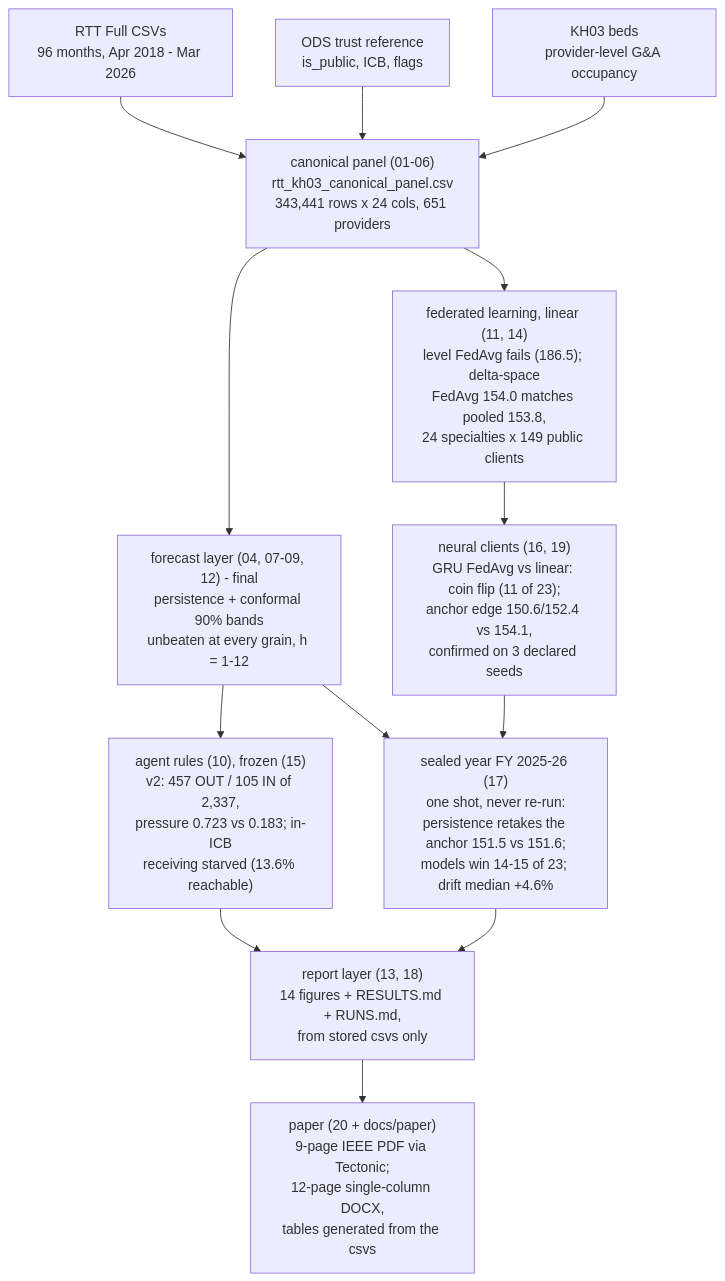
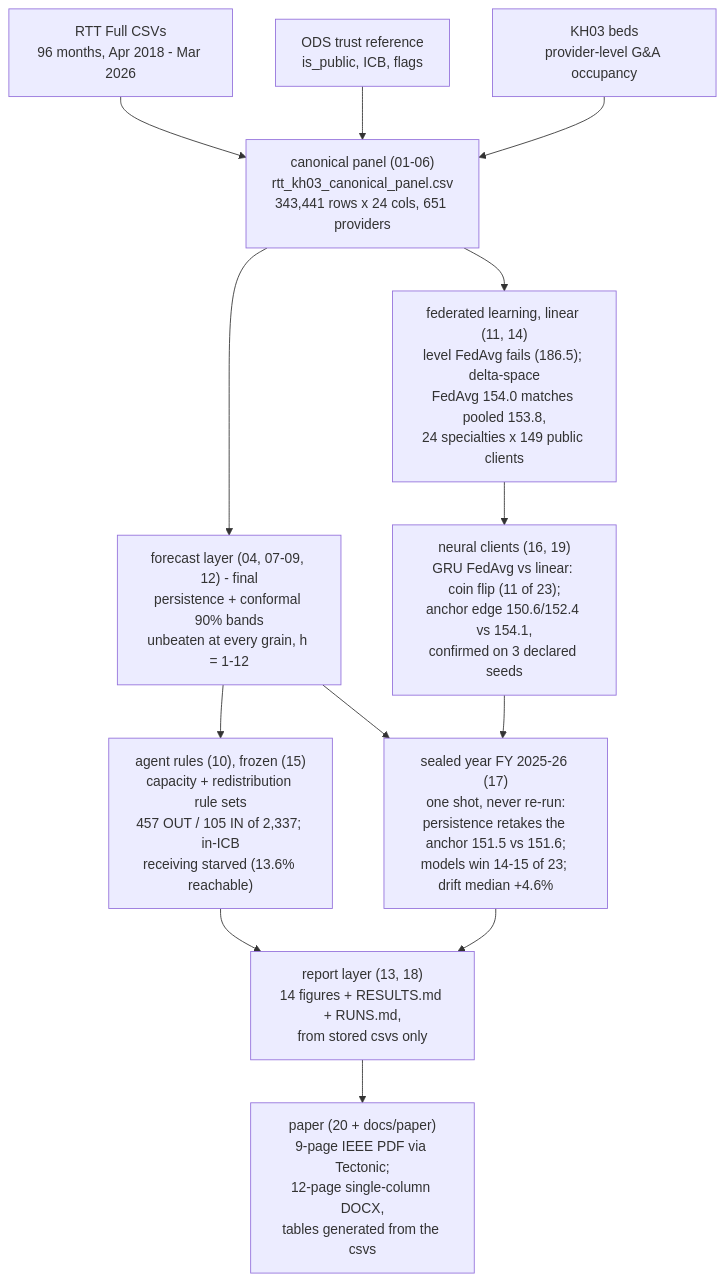
One commit to nileshsarkar-ai/fedOPD changed the diagram in README.md. Above: the diagram before and after it, drawn with Mermaid. The commit also changed other lines of this file and 15 other files, not shown here.

First line of the commit message:
Rule sets named by what they decide: capacity and redistribution

````diff
--- a/README.md
+++ b/README.md
@@ -49,15 +49,15 @@
 ```mermaid
 flowchart TD
     RTT["RTT Full CSVs<br/>96 months, Apr 2018 - Mar 2026"] --> PANEL["canonical panel (01-06)<br/>rtt_kh03_canonical_panel.csv<br/>343,441 rows x 24 cols, 651 providers"]
     ODS["ODS trust reference<br/>is_public, ICB, flags"] --> PANEL
     KH03["KH03 beds<br/>provider-level G&A occupancy"] --> PANEL
     PANEL --> FC["forecast layer (04, 07-09, 12) - final<br/>persistence + conformal 90% bands<br/>unbeaten at every grain, h = 1-12"]
     PANEL --> FL["federated learning, linear (11, 14)<br/>level FedAvg fails (186.5); delta-space<br/>FedAvg 154.0 matches pooled 153.8,<br/>24 specialties x 149 public clients"]
     FL --> NN["neural clients (16, 19)<br/>GRU FedAvg vs linear: coin flip (11 of 23);<br/>anchor edge 150.6/152.4 vs 154.1,<br/>confirmed on 3 declared seeds"]
-    FC --> AG["agent rules (10), frozen (15)<br/>v2: 457 OUT / 105 IN of 2,337,<br/>pressure 0.723 vs 0.183; in-ICB<br/>receiving starved (13.6% reachable)"]
+    FC --> AG["agent rules (10), frozen (15)<br/>capacity + redistribution rule sets<br/>457 OUT / 105 IN of 2,337; in-ICB<br/>receiving starved (13.6% reachable)"]
     FC --> SEAL["sealed year FY 2025-26 (17)<br/>one shot, never re-run:<br/>persistence retakes the anchor 151.5 vs 151.6;<br/>models win 14-15 of 23; drift median +4.6%"]
     NN --> SEAL
     SEAL --> OUT["report layer (13, 18)<br/>14 figures + RESULTS.md + RUNS.md,<br/>from stored csvs only"]
     AG --> OUT
     OUT --> PAPER["paper (20 + docs/paper)<br/>9-page IEEE PDF via Tectonic;<br/>12-page single-column DOCX,<br/>tables generated from the csvs"]
 ```
````
